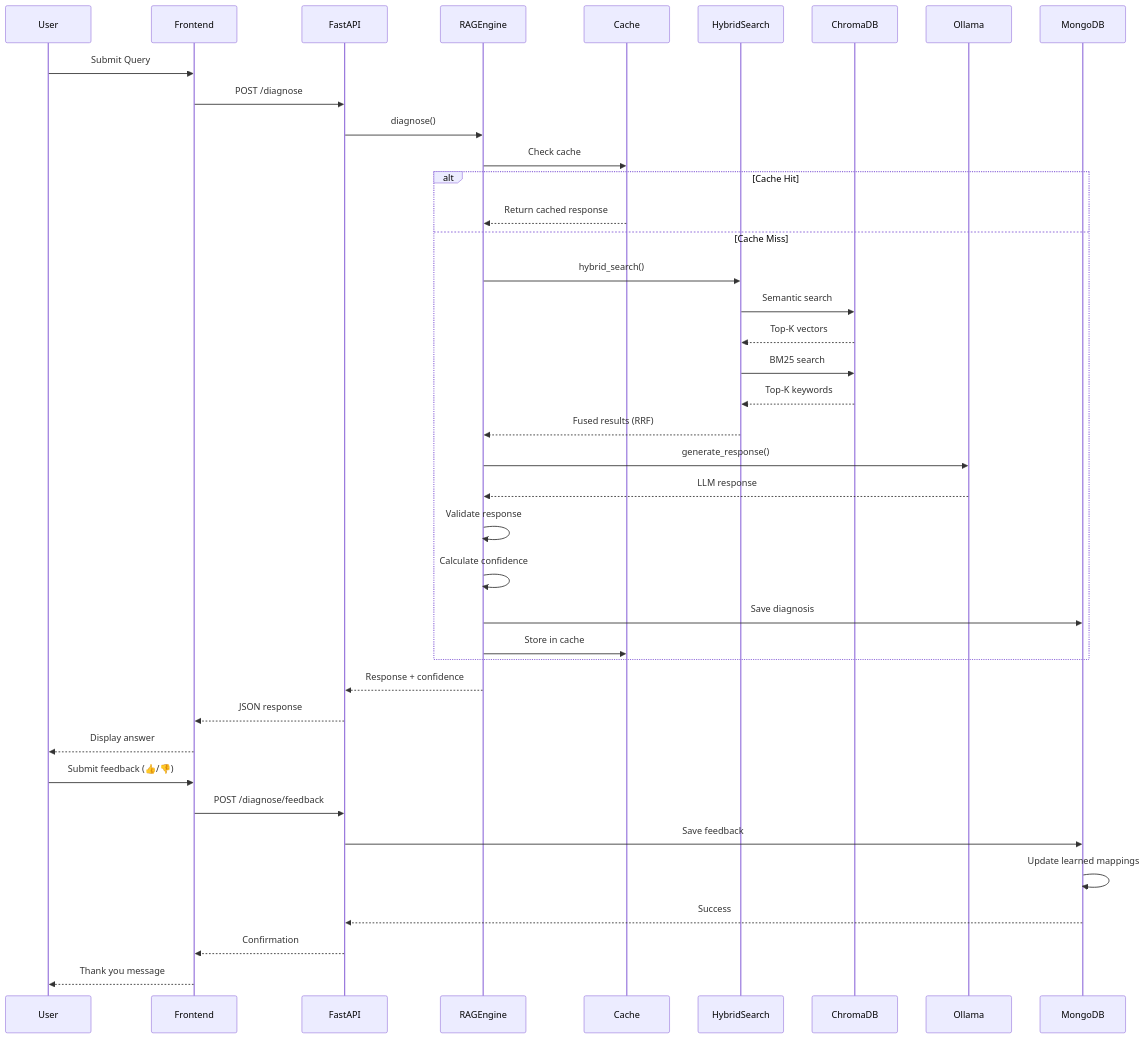
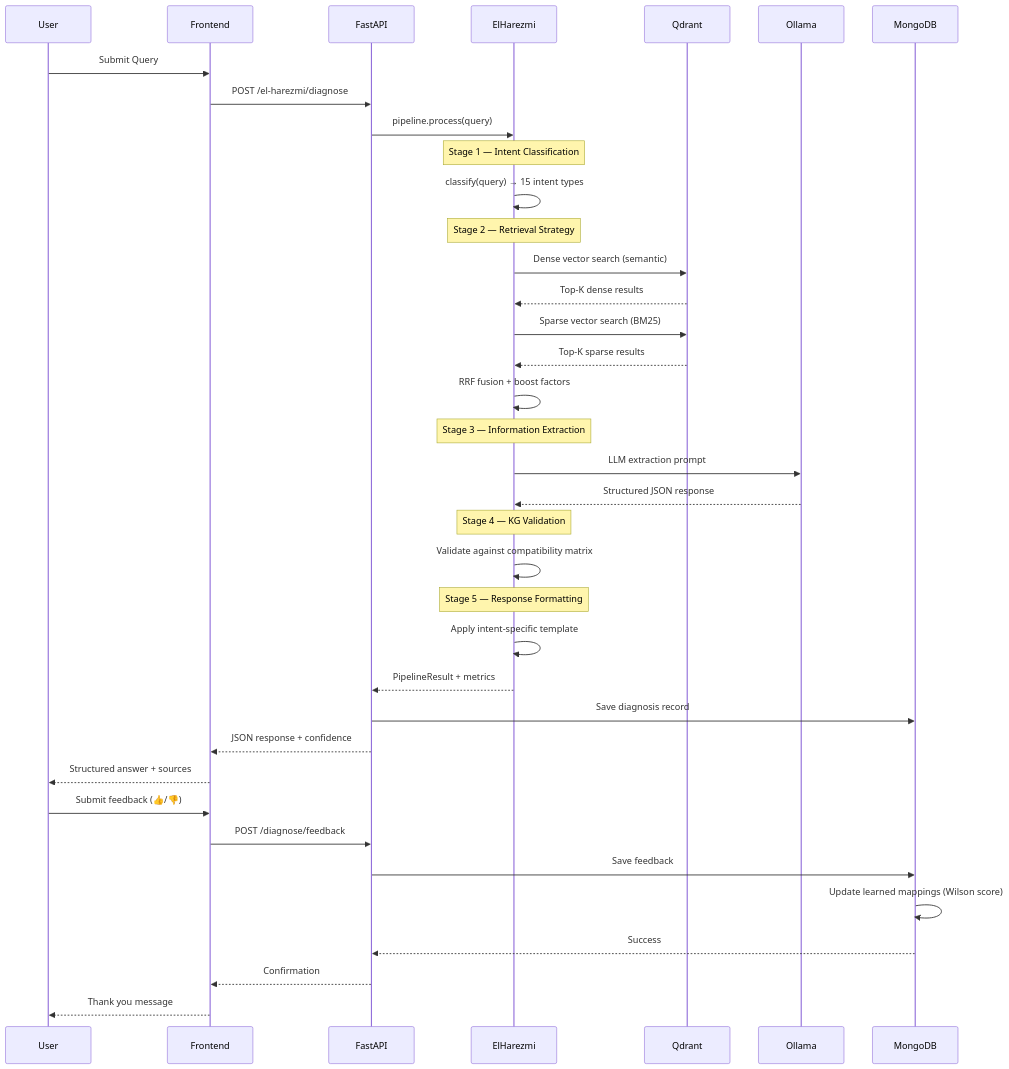
The seventh of 9 diagrams in ARCHITECTURE_DIAGRAMS.md (fatihhbayram/desoutter-assistant), drawn with Mermaid before and after one commit. The commit also changed other lines of this file and 3 other files, not shown here.

First line of the commit message:
docs: update README, ROADMAP, CHANGELOG and ARCHITECTURE_DIAGRAMS to v2.0.1

````diff
--- a/ARCHITECTURE_DIAGRAMS.md
+++ b/ARCHITECTURE_DIAGRAMS.md
@@ -250,49 +350,47 @@
 ```mermaid
 sequenceDiagram
     participant User
     participant Frontend
     participant FastAPI
-    participant RAGEngine
-    participant Cache
-    participant HybridSearch
-    participant ChromaDB
+    participant ElHarezmi
+    participant Qdrant
     participant Ollama
     participant MongoDB
 
     User->>Frontend: Submit Query
-    Frontend->>FastAPI: POST /diagnose
-    FastAPI->>RAGEngine: diagnose()
+    Frontend->>FastAPI: POST /el-harezmi/diagnose
+    FastAPI->>ElHarezmi: pipeline.process(query)
 
-    RAGEngine->>Cache: Check cache
-    alt Cache Hit
-        Cache-->>RAGEngine: Return cached response
-    else Cache Miss
-        RAGEngine->>HybridSearch: hybrid_search()
-        HybridSearch->>ChromaDB: Semantic search
-        ChromaDB-->>HybridSearch: Top-K vectors
-        HybridSearch->>ChromaDB: BM25 search
-        ChromaDB-->>HybridSearch: Top-K keywords
-        HybridSearch-->>RAGEngine: Fused results (RRF)
+    Note over ElHarezmi: Stage 1 — Intent Classification
+    ElHarezmi->>ElHarezmi: classify(query) → 15 intent types
 
-        RAGEngine->>Ollama: generate_response()
-        Ollama-->>RAGEngine: LLM response
+    Note over ElHarezmi: Stage 2 — Retrieval Strategy
+    ElHarezmi->>Qdrant: Dense vector search (semantic)
+    Qdrant-->>ElHarezmi: Top-K dense results
+    ElHarezmi->>Qdrant: Sparse vector search (BM25)
+    Qdrant-->>ElHarezmi: Top-K sparse results
+    ElHarezmi->>ElHarezmi: RRF fusion + boost factors
 
-        RAGEngine->>RAGEngine: Validate response
-        RAGEngine->>RAGEngine: Calculate confidence
+    Note over ElHarezmi: Stage 3 — Information Extraction
+    ElHarezmi->>Ollama: LLM extraction prompt
+    Ollama-->>ElHarezmi: Structured JSON response
 
-        RAGEngine->>MongoDB: Save diagnosis
-        RAGEngine->>Cache: Store in cache
-    end
+    Note over ElHarezmi: Stage 4 — KG Validation
+    ElHarezmi->>ElHarezmi: Validate against compatibility matrix
 
-    RAGEngine-->>FastAPI: Response + confidence
-    FastAPI-->>Frontend: JSON response
-    Frontend-->>User: Display answer
+    Note over ElHarezmi: Stage 5 — Response Formatting
+    ElHarezmi->>ElHarezmi: Apply intent-specific template
+
+    ElHarezmi-->>FastAPI: PipelineResult + metrics
+    FastAPI->>MongoDB: Save diagnosis record
+    FastAPI-->>Frontend: JSON response + confidence
+    Frontend-->>User: Structured answer + sources
 
     User->>Frontend: Submit feedback (👍/👎)
     Frontend->>FastAPI: POST /diagnose/feedback
     FastAPI->>MongoDB: Save feedback
-    MongoDB->>MongoDB: Update learned mappings
+    MongoDB->>MongoDB: Update learned mappings (Wilson score)
     MongoDB-->>FastAPI: Success
     FastAPI-->>Frontend: Confirmation
     Frontend-->>User: Thank you message
 ```
````
